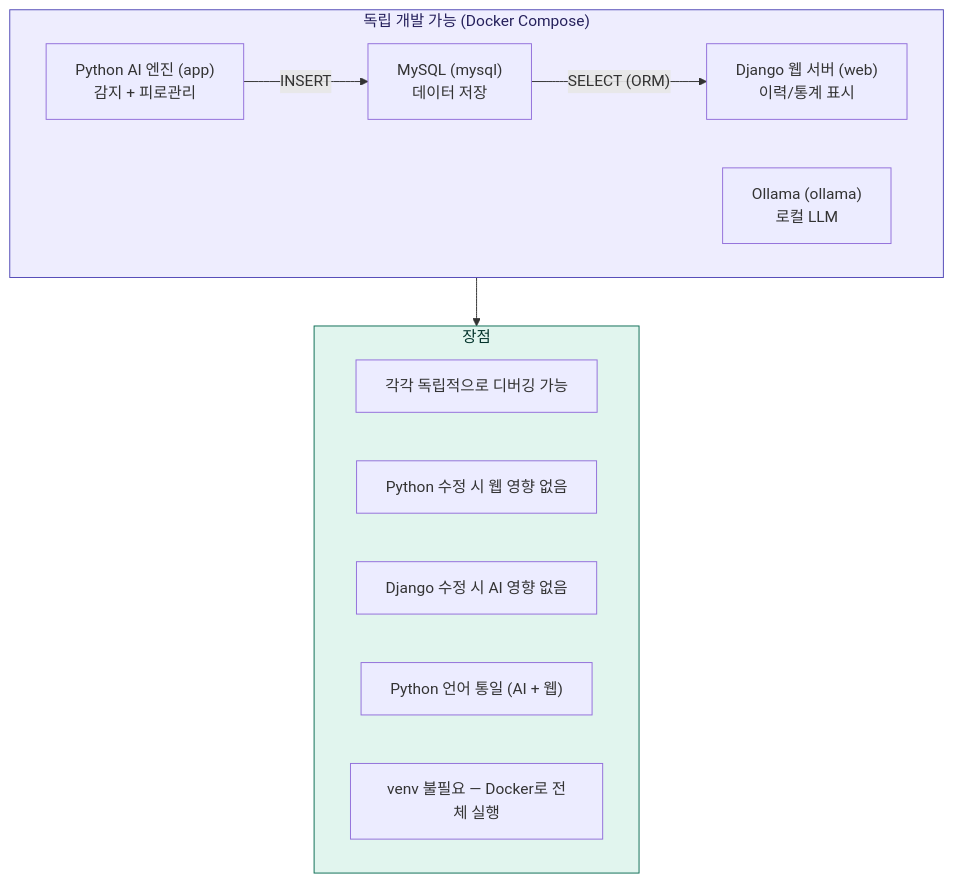
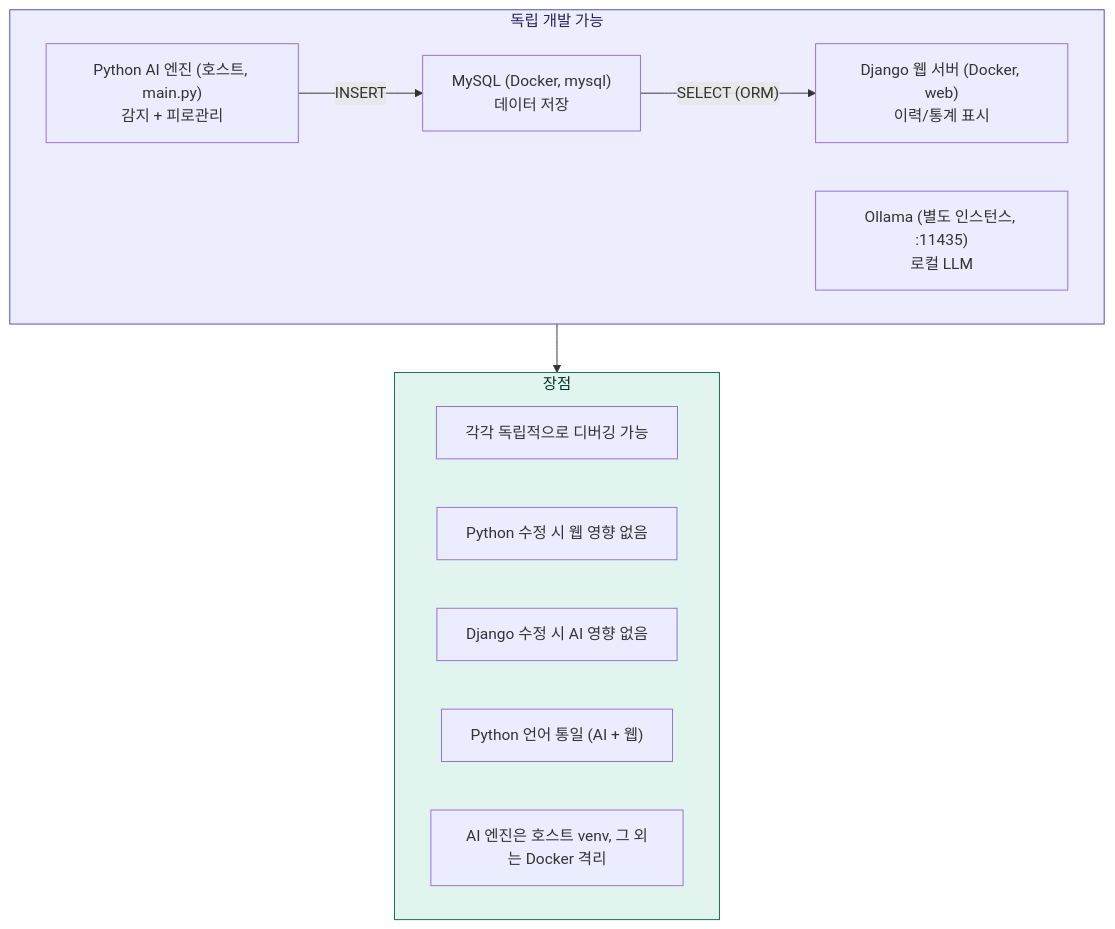
One commit to pgh165/capstone changed diagram 13 of 13 in project.md. Above: the diagram before and after it, drawn with Mermaid. The commit also changed other lines of this file and 4 other files, not shown here.

First line of the commit message:
호스트 직접 실행 구조 반영 + LLM 별도 인스턴스 설정

````diff
--- a/project.md
+++ b/project.md
@@ -1034,25 +1040,25 @@
 ```mermaid
 flowchart TB
-    subgraph INDEPENDENT["독립 개발 가능 (Docker Compose)"]
-        PY["Python AI 엔진 (app)<br/>감지 + 피로관리"]
-        WEB["Django 웹 서버 (web)<br/>이력/통계 표시"]
-        DB["MySQL (mysql)<br/>데이터 저장"]
-        LLM["Ollama (ollama)<br/>로컬 LLM"]
+    subgraph INDEPENDENT["독립 개발 가능"]
+        PY["Python AI 엔진 (호스트, main.py)<br/>감지 + 피로관리"]
+        WEB["Django 웹 서버 (Docker, web)<br/>이력/통계 표시"]
+        DB["MySQL (Docker, mysql)<br/>데이터 저장"]
+        LLM["Ollama (별도 인스턴스, :11435)<br/>로컬 LLM"]
     end
 
     PY -- "INSERT" --> DB
     DB -- "SELECT (ORM)" --> WEB
 
     subgraph BENEFIT["장점"]
         B1["각각 독립적으로 디버깅 가능"]
         B2["Python 수정 시 웹 영향 없음"]
         B3["Django 수정 시 AI 영향 없음"]
         B4["Python 언어 통일 (AI + 웹)"]
-        B5["venv 불필요 — Docker로 전체 실행"]
+        B5["AI 엔진은 호스트 venv, 그 외는 Docker 격리"]
     end
 
     INDEPENDENT --> BENEFIT
 
     style INDEPENDENT fill:#EEEDFE,stroke:#534AB7,color:#26215C
     style BENEFIT fill:#E1F5EE,stroke:#0F6E56,color:#04342C
 ```
````
